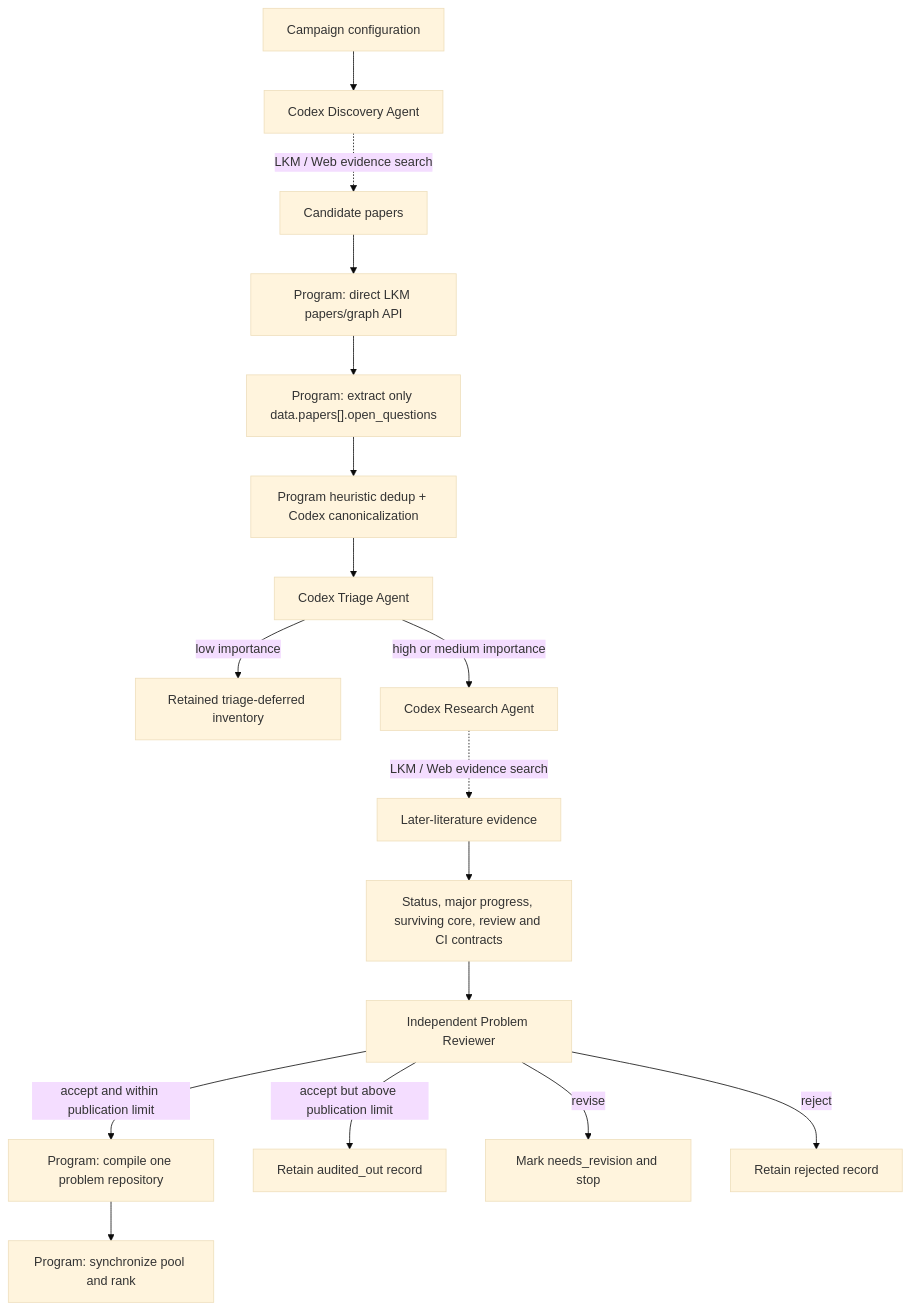
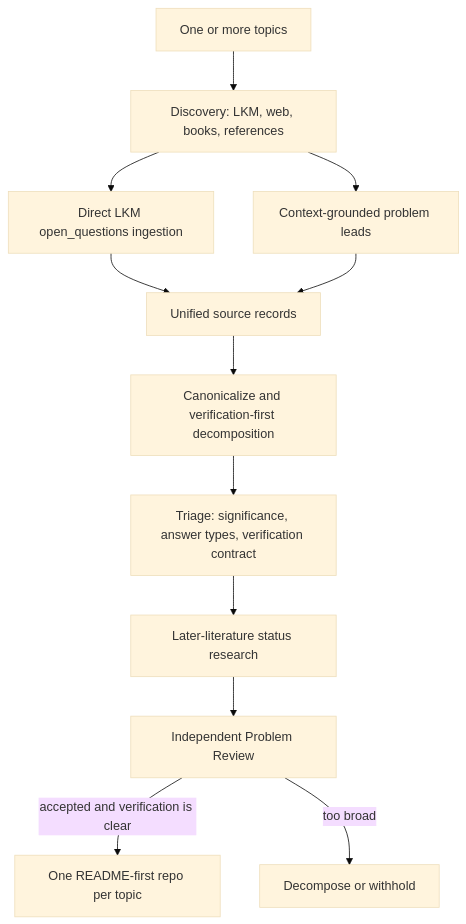
The diagram in README.md (kunyuan/open-research-discovery), drawn with Mermaid (base theme) before and after one commit. The commit also changed other lines of this file and 25 other files, not shown here.

Commit message:
Refactor discovery for multi-source topic repositories

````diff
--- a/README.md
+++ b/README.md
@@ -209,19 +85,14 @@
 ```mermaid
 flowchart TD
-    C["Campaign configuration"] --> D["Codex Discovery Agent"]
-    D -. "LKM / Web evidence search" .-> S["Candidate papers"]
-    S --> A["Program: direct LKM papers/graph API"]
-    A --> O["Program: extract only data.papers[].open_questions"]
-    O --> H["Program heuristic dedup + Codex canonicalization"]
-    H --> T["Codex Triage Agent"]
-    T -->|"low importance"| L["Retained triage-deferred inventory"]
-    T -->|"high or medium importance"| R["Codex Research Agent"]
-    R -. "LKM / Web evidence search" .-> E["Later-literature evidence"]
-    E --> J["Status, major progress, surviving core, review and CI contracts"]
-    J --> V["Independent Problem Reviewer"]
-    V -->|"accept and within publication limit"| G["Program: compile one problem repository"]
-    V -->|"accept but above publication limit"| A2["Retain audited_out record"]
-    V -->|"revise"| N["Mark needs_revision and stop"]
-    V -->|"reject"| X["Retain rejected record"]
-    G --> P["Program: synchronize pool and rank"]
+    T["One or more topics"] --> D["Discovery: LKM, web, books, references"]
+    D --> L["Direct LKM open_questions ingestion"]
+    D --> C["Context-grounded problem leads"]
+    L --> S["Unified source records"]
+    C --> S
+    S --> A["Canonicalize and verification-first decomposition"]
+    A --> G["Triage: significance, answer types, verification contract"]
+    G --> R["Later-literature status research"]
+    R --> P["Independent Problem Review"]
+    P -->|"accepted and verification is clear"| O["One README-first repo per topic"]
+    P -->|"too broad"| X["Decompose or withhold"]
 ```
````
